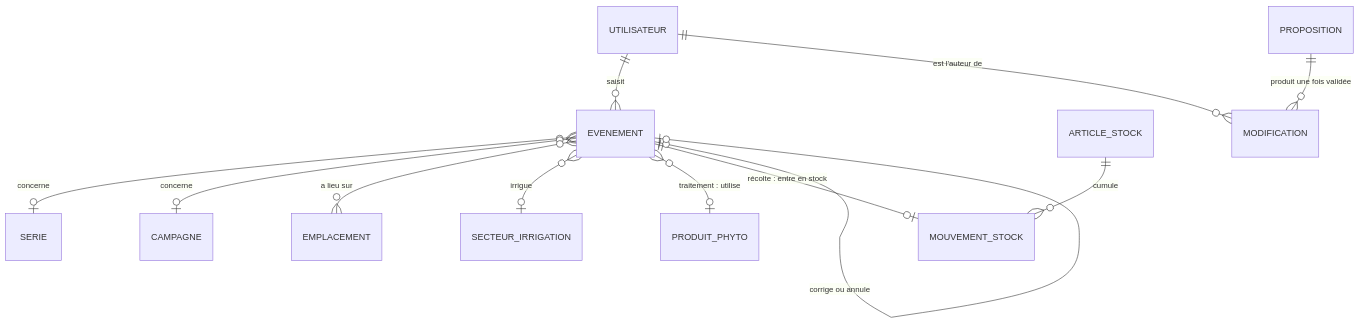
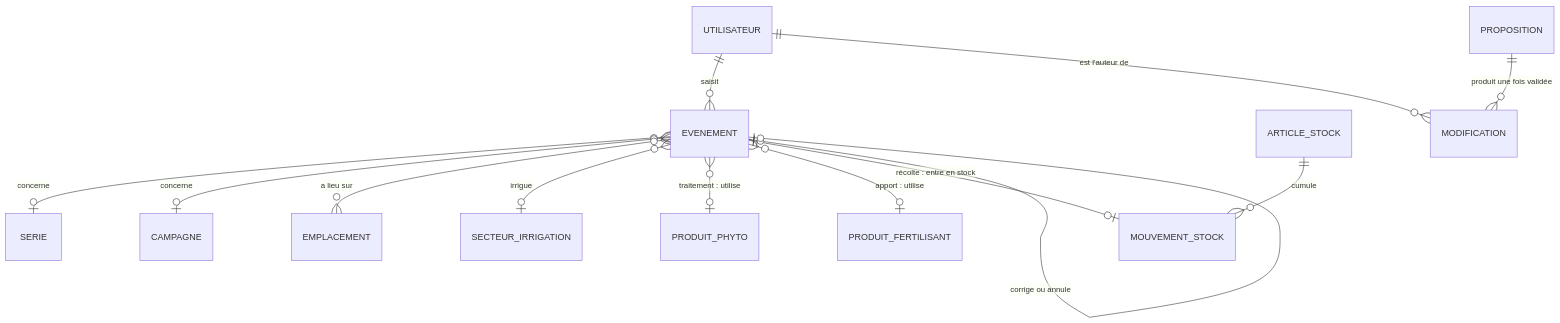
One commit to thoy-le-duc/Planifications changed the second of 2 diagrams in docs/modele-donnees.md. Above: the diagram before and after it, drawn with Mermaid.

Commit message:
T54 : produit fertilisant dans le schéma du journal de terrain (modèle de données)
Claude-Session: https://claude.ai/code/session_01HmBoAGDntFCSyXo7DkeLVF

````diff
--- a/docs/modele-donnees.md
+++ b/docs/modele-donnees.md
@@ -47,14 +47,15 @@
 ```mermaid
 erDiagram
   UTILISATEUR ||--o{ EVENEMENT : "saisit"
   EVENEMENT }o--o| SERIE : "concerne"
   EVENEMENT }o--o| CAMPAGNE : "concerne"
   EVENEMENT }o--o{ EMPLACEMENT : "a lieu sur"
   EVENEMENT }o--o| SECTEUR_IRRIGATION : "irrigue"
   EVENEMENT }o--o| PRODUIT_PHYTO : "traitement : utilise"
+  EVENEMENT }o--o| PRODUIT_FERTILISANT : "apport : utilise"
   EVENEMENT ||--o| MOUVEMENT_STOCK : "récolte : entre en stock"
   EVENEMENT |o--o| EVENEMENT : "corrige ou annule"
   ARTICLE_STOCK ||--o{ MOUVEMENT_STOCK : "cumule"
   PROPOSITION ||--o{ MODIFICATION : "produit une fois validée"
   UTILISATEUR ||--o{ MODIFICATION : "est l'auteur de"
 ```
````
